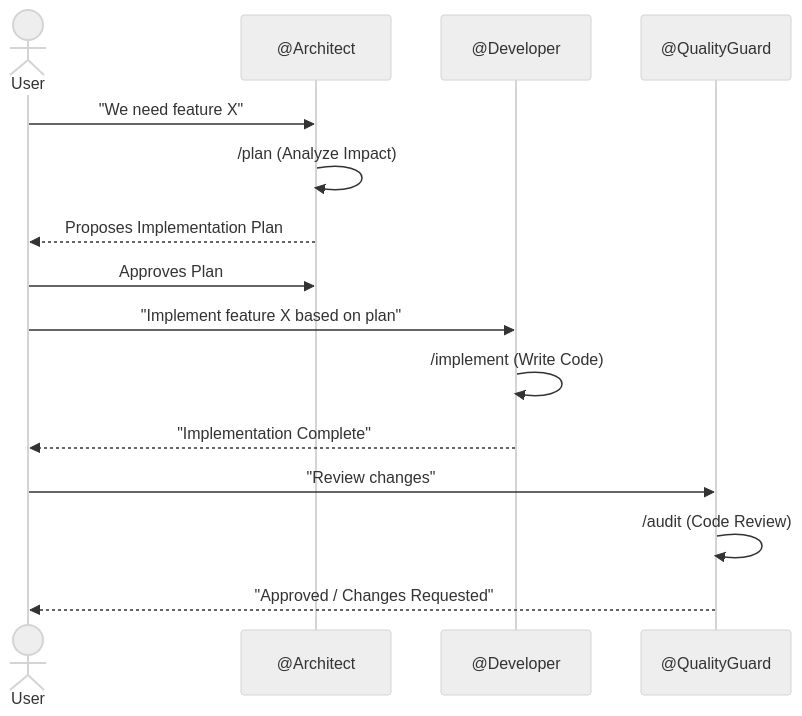
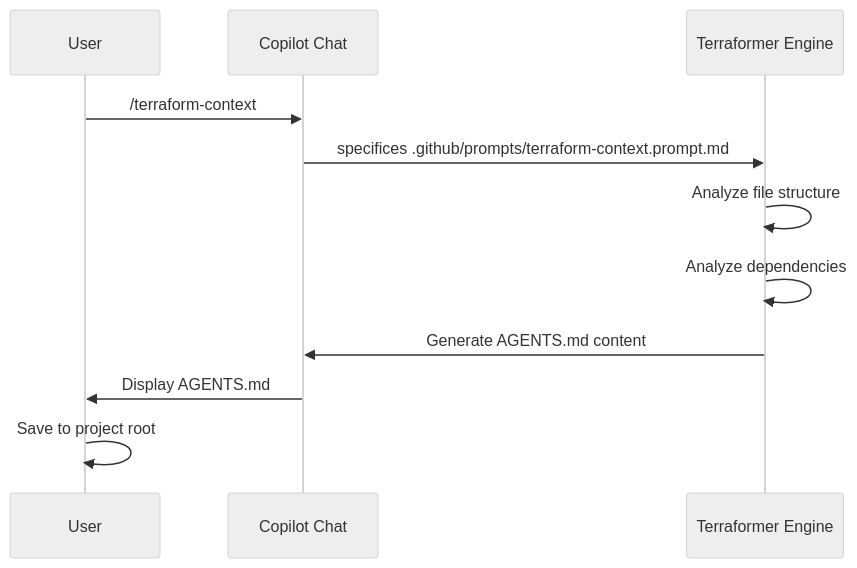
One commit to LongbowXXX/terraformer changed the diagram in agents-docs/key-flows.md. Above: the diagram before and after it, drawn with Mermaid (neutral theme). The commit also changed other lines of this file and 7 other files, not shown here.

Commit message:
feat: add initial agent documentation covering architecture, conventions, and operational guidelines.

````diff
--- a/agents-docs/key-flows.md
+++ b/agents-docs/key-flows.md
@@ -34,20 +17,14 @@
 ```mermaid
 sequenceDiagram
-    actor User
-    participant Arch as @Architect
-    participant Dev as @Developer
-    participant QG as @QualityGuard
+    participant User
+    participant Copilot as Copilot Chat
+    participant Engine as Terraformer Engine
 
-    User->>Arch: "We need feature X"
-    Arch->>Arch: /plan (Analyze Impact)
-    Arch-->>User: Proposes Implementation Plan
-    User->>Arch: Approves Plan
-
-    User->>Dev: "Implement feature X based on plan"
-    Dev->>Dev: /implement (Write Code)
-    Dev-->>User: "Implementation Complete"
-
-    User->>QG: "Review changes"
-    QG->>QG: /audit (Code Review)
-    QG-->>User: "Approved / Changes Requested"
+    User->>Copilot: /terraform-context
+    Copilot->>Engine: specifices .github/prompts/terraform-context.prompt.md
+    Engine->>Engine: Analyze file structure
+    Engine->>Engine: Analyze dependencies
+    Engine->>Copilot: Generate AGENTS.md content
+    Copilot->>User: Display AGENTS.md
+    User->>User: Save to project root
 ```
````
